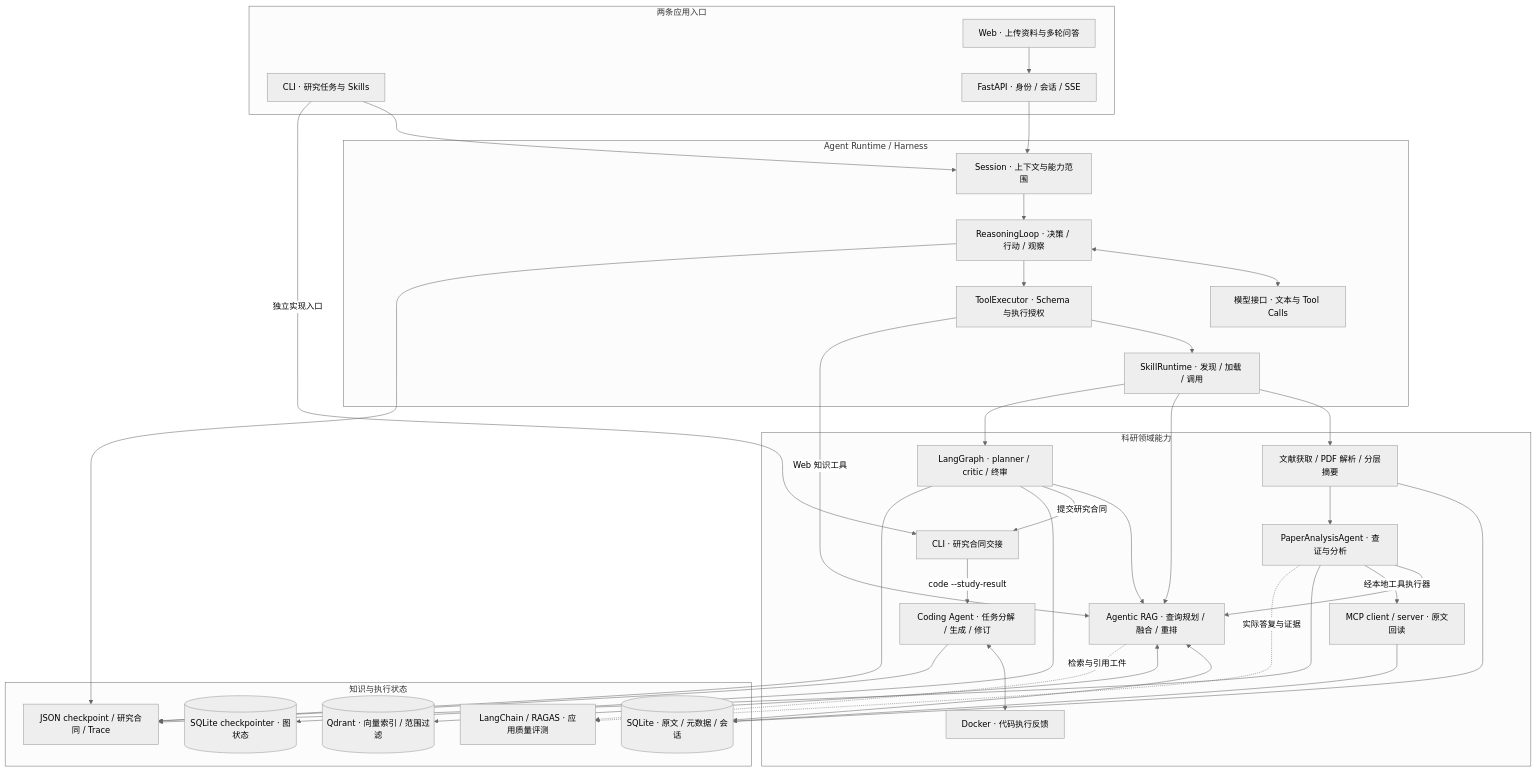
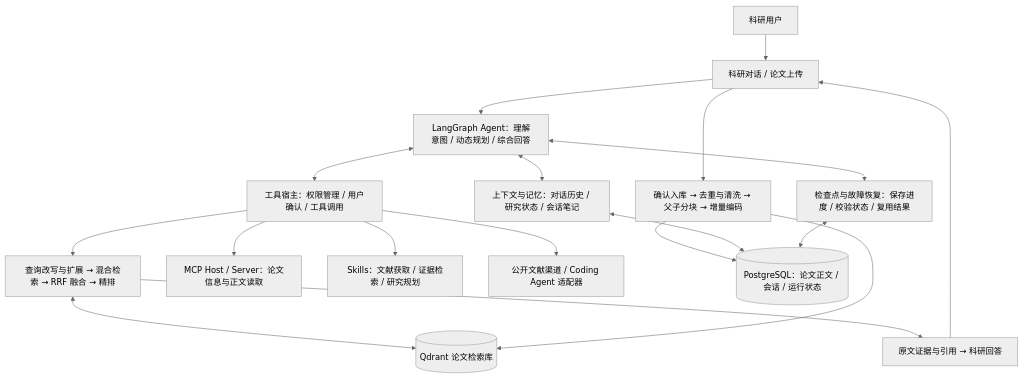
The first of 2 diagrams in README.md (eternal-yangtze/research_claw), drawn with Mermaid (neutral theme) before and after one commit. The commit also changed other lines of this file and 568 other files, not shown here.

````diff
--- a/README.md
+++ b/README.md
@@ -23,66 +30,20 @@
 ```mermaid
 flowchart TB
-    subgraph Entry[两条应用入口]
-        CLI[CLI · 研究任务与 Skills]
-        WEB[Web · 上传资料与多轮问答]
-        API[FastAPI · 身份 / 会话 / SSE]
-        WEB --> API
-    end
-
-    subgraph Harness[Agent Runtime / Harness]
-        CTX[Session · 上下文与能力范围]
-        LOOP[ReasoningLoop · 决策 / 行动 / 观察]
-        MODEL[模型接口 · 文本与 Tool Calls]
-        EXEC[ToolExecutor · Schema 与执行授权]
-        SKILL[SkillRuntime · 发现 / 加载 / 调用]
-        CTX --> LOOP
-        LOOP <--> MODEL
-        LOOP --> EXEC
-        EXEC --> SKILL
-    end
-
-    subgraph Research[科研领域能力]
-        INGEST[文献获取 / PDF 解析 / 分层摘要]
-        RAG[Agentic RAG · 查询规划 / 融合 / 重排]
-        PAPER[PaperAnalysisAgent · 查证与分析]
-        GRAPH[LangGraph · planner / critic / 终审]
-        HANDOFF[CLI · 研究合同交接]
-        CODE[Coding Agent · 任务分解 / 生成 / 修订]
-        MCP[MCP client / server · 原文回读]
-        DOCKER[Docker · 代码执行反馈]
-    end
-
-    subgraph State[知识与执行状态]
-        SQL[(SQLite · 原文 / 元数据 / 会话)]
-        Q[(Qdrant · 向量索引 / 范围过滤)]
-        GSQL[(SQLite checkpointer · 图状态)]
-        ART[JSON checkpoint / 研究合同 / Trace]
-        EVAL[LangChain / RAGAS · 应用质量评测]
-    end
-
-    CLI --> CTX
-    API --> CTX
-    SKILL --> INGEST
-    SKILL --> RAG
-    SKILL --> GRAPH
-    EXEC -->|Web 知识工具| RAG
-    INGEST --> SQL
-    INGEST --> PAPER
-    PAPER --> RAG
-    PAPER -->|经本地工具执行器| MCP
-    MCP --> SQL
-    RAG <--> SQL
-    RAG <--> Q
-    GRAPH --> RAG
-    GRAPH -->|提交研究合同| HANDOFF
-    CLI -->|独立实现入口| HANDOFF
-    HANDOFF -->|code --study-result| CODE
-    CODE <--> DOCKER
-    LOOP --> ART
-    PAPER --> ART
-    GRAPH --> GSQL
-    GRAPH --> ART
-    CODE --> ART
-    PAPER -.实际答复与证据.-> EVAL
-    RAG -.检索与引用工件.-> EVAL
+    User[科研用户] --> Entry[科研对话 / 论文上传]
+    Entry --> Agent[LangGraph Agent：理解意图 / 动态规划 / 综合回答]
+    Agent <--> Context[上下文与记忆：对话历史 / 研究状态 / 会话笔记]
+    Agent <--> Tools[工具宿主：权限管理 / 用户确认 / 工具调用]
+    Tools --> Retrieval[查询改写与扩展 → 混合检索 → RRF 融合 → 精排]
+    Retrieval <--> Qdrant[(Qdrant 论文检索库)]
+    Retrieval --> Evidence[原文证据与引用 → 科研回答]
+    Evidence --> Entry
+    Tools --> MCP[MCP Host / Server：论文信息与正文读取]
+    Tools --> Skills[Skills：文献获取 / 证据检索 / 研究规划]
+    Tools --> Channels[公开文献渠道 / Coding Agent 适配器]
+    Entry --> Build[确认入库 → 去重与清洗 → 父子分块 → 增量编码]
+    Build --> Qdrant
+    Build --> PG[(PostgreSQL：论文正文 / 会话 / 运行状态)]
+    Context <--> PG
+    Agent <--> Recovery[检查点与故障恢复：保存进度 / 校验状态 / 复用结果]
+    Recovery <--> PG
 ```
````
